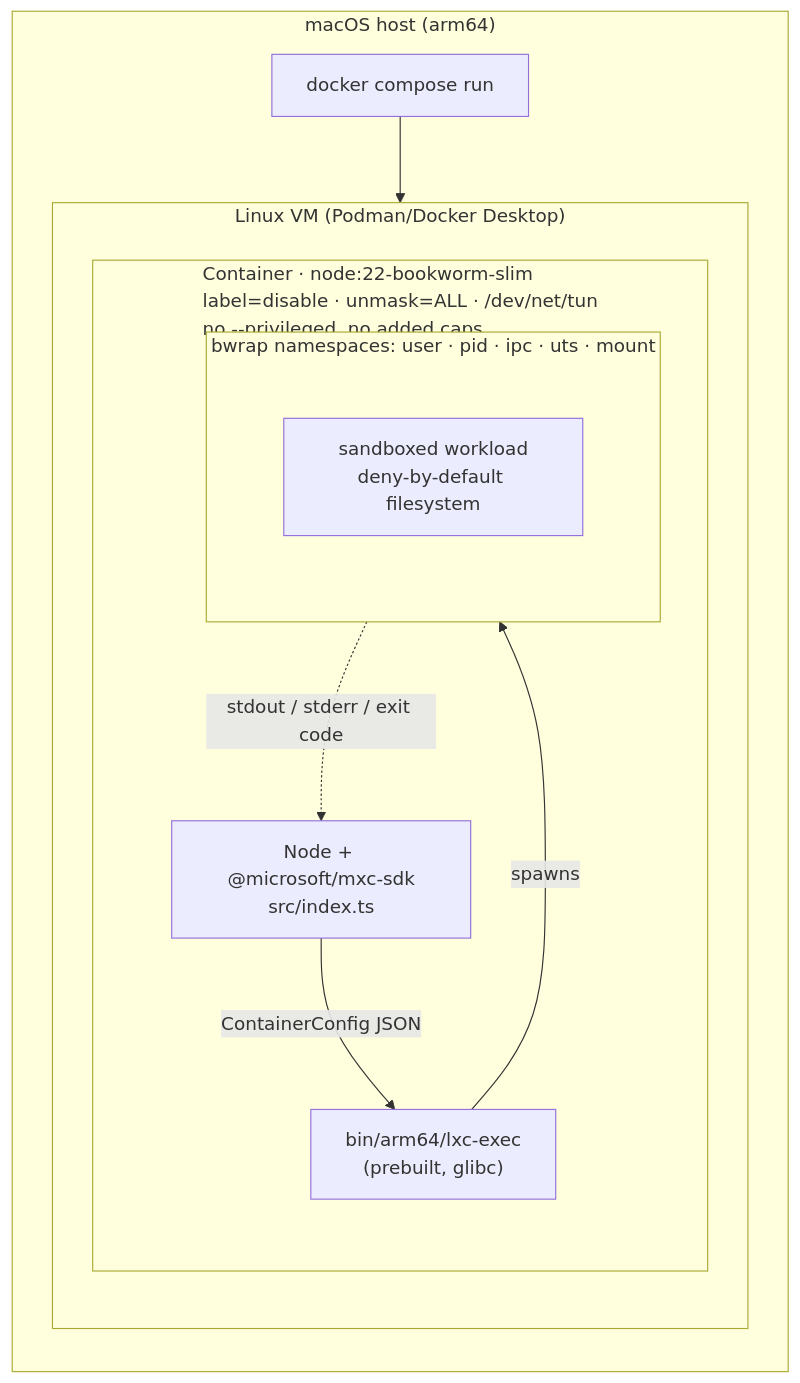
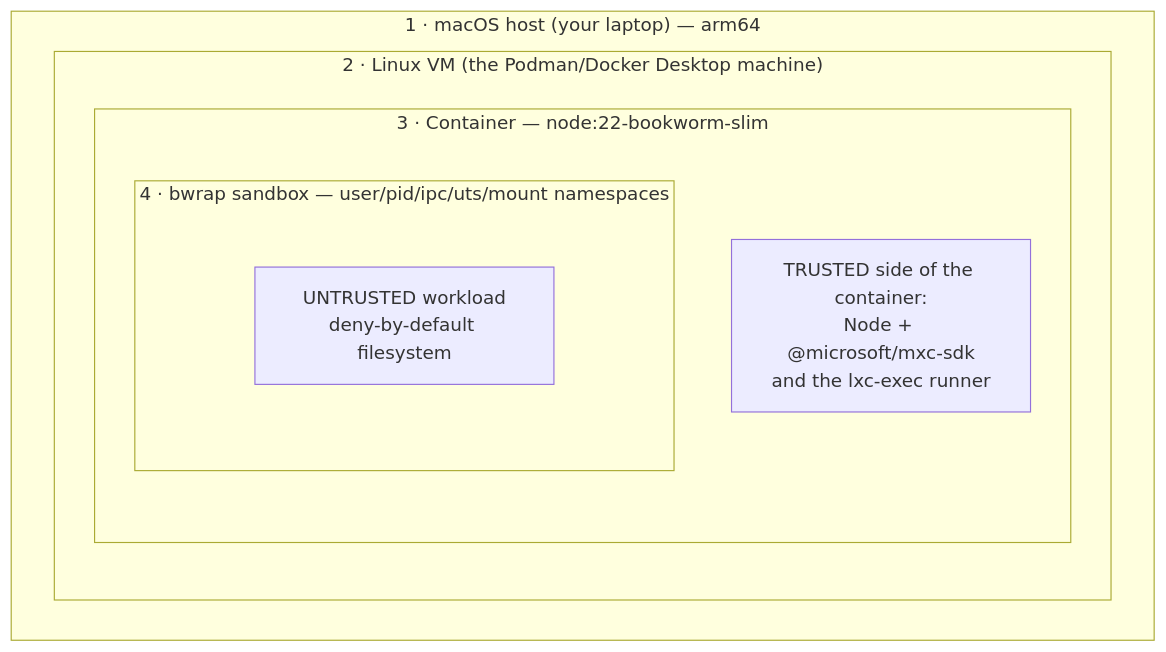
The first of 4 diagrams in docs/docker.md (cedricvidal/sandbox-containment-matrix), drawn with Mermaid before and after one commit. The commit also changed other lines of this file, not shown here.

First line of the commit message:
Clarify the Docker architecture diagram

````diff
--- a/docs/docker.md
+++ b/docs/docker.md
@@ -77,24 +82,14 @@
 ```mermaid
 flowchart TB
-  subgraph mac["macOS host (arm64)"]
-    direction TB
-    cli["docker compose run"]
-    subgraph vm["Linux VM (Podman/Docker Desktop)"]
-      direction TB
-      subgraph ctr["Container · node:22-bookworm-slim<br/>label=disable · unmask=ALL · /dev/net/tun<br/>no --privileged, no added caps"]
+  subgraph L1["1 · macOS host (your laptop) — arm64"]
+    subgraph L2["2 · Linux VM (the Podman/Docker Desktop machine)"]
+      subgraph L3["3 · Container — node:22-bookworm-slim"]
         direction TB
-        app["Node + @microsoft/mxc-sdk<br/>src/index.ts"]
-        exec["bin/arm64/lxc-exec<br/>(prebuilt, glibc)"]
-        subgraph bw["bwrap namespaces: user · pid · ipc · uts · mount"]
-          direction TB
-          work["sandboxed workload<br/>deny-by-default filesystem"]
+        trusted["TRUSTED side of the container:<br/>Node + @microsoft/mxc-sdk<br/>and the lxc-exec runner"]
+        subgraph L4["4 · bwrap sandbox — user/pid/ipc/uts/mount namespaces"]
+          untrusted["UNTRUSTED workload<br/>deny-by-default filesystem"]
         end
       end
     end
   end
-
-  cli --> app
-  app -->|"ContainerConfig JSON"| exec
-  exec -->|"spawns"| bw
-  work -.->|"stdout / stderr / exit code"| app
 ```
````
